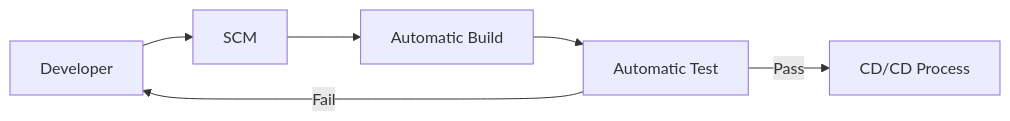
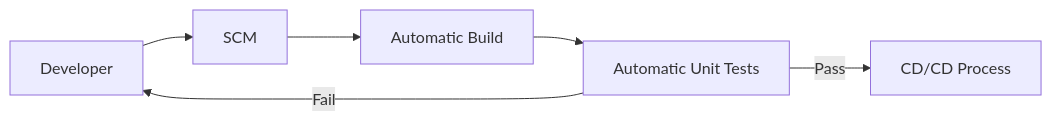
The second of 3 diagrams in tools/admin/devops.md (HorningGit/Rayquaza_Resources), drawn with Mermaid before and after one commit.

````diff
--- a/tools/admin/devops.md
+++ b/tools/admin/devops.md
@@ -32,6 +32,6 @@
 ```mermaid
 flowchart LR
-    A[Developer]-->B[SCM]-->C[Automatic Build]-->D[Automatic Test]
+    A[Developer]-->B[SCM]-->C[Automatic Build]-->D[Automatic Unit Tests]
     D -->|Fail| A
     D -->|Pass| E[CD/CD Process]
 ```
````
